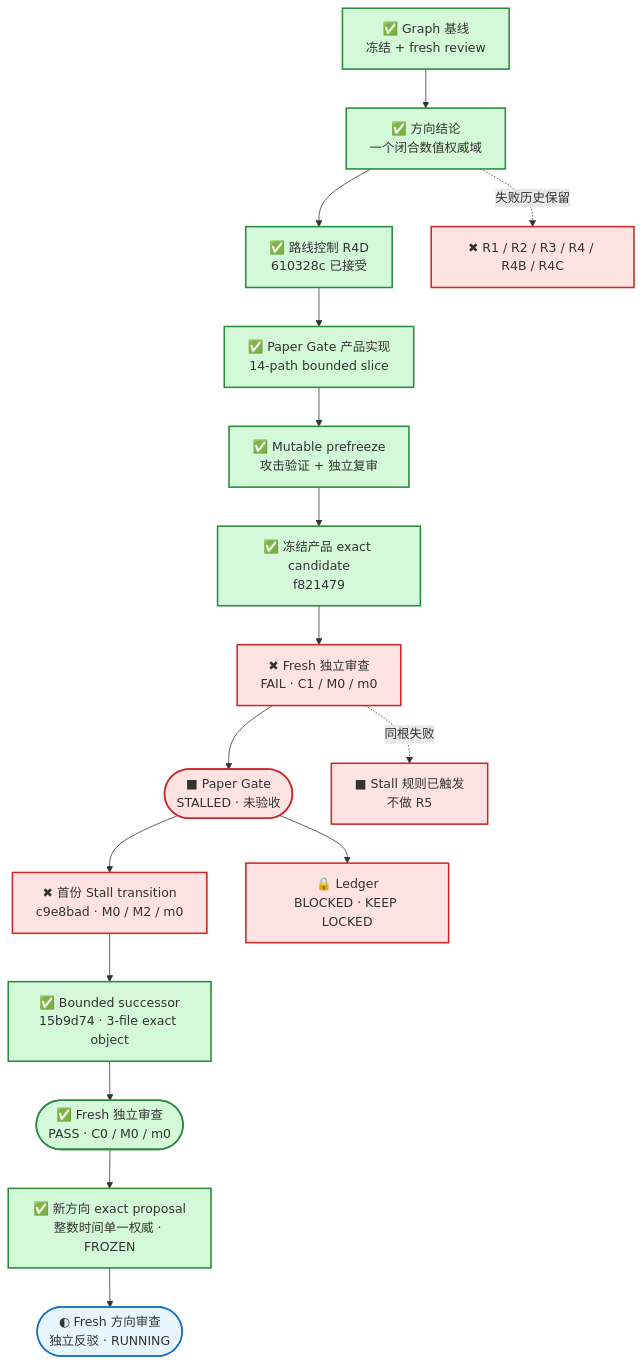
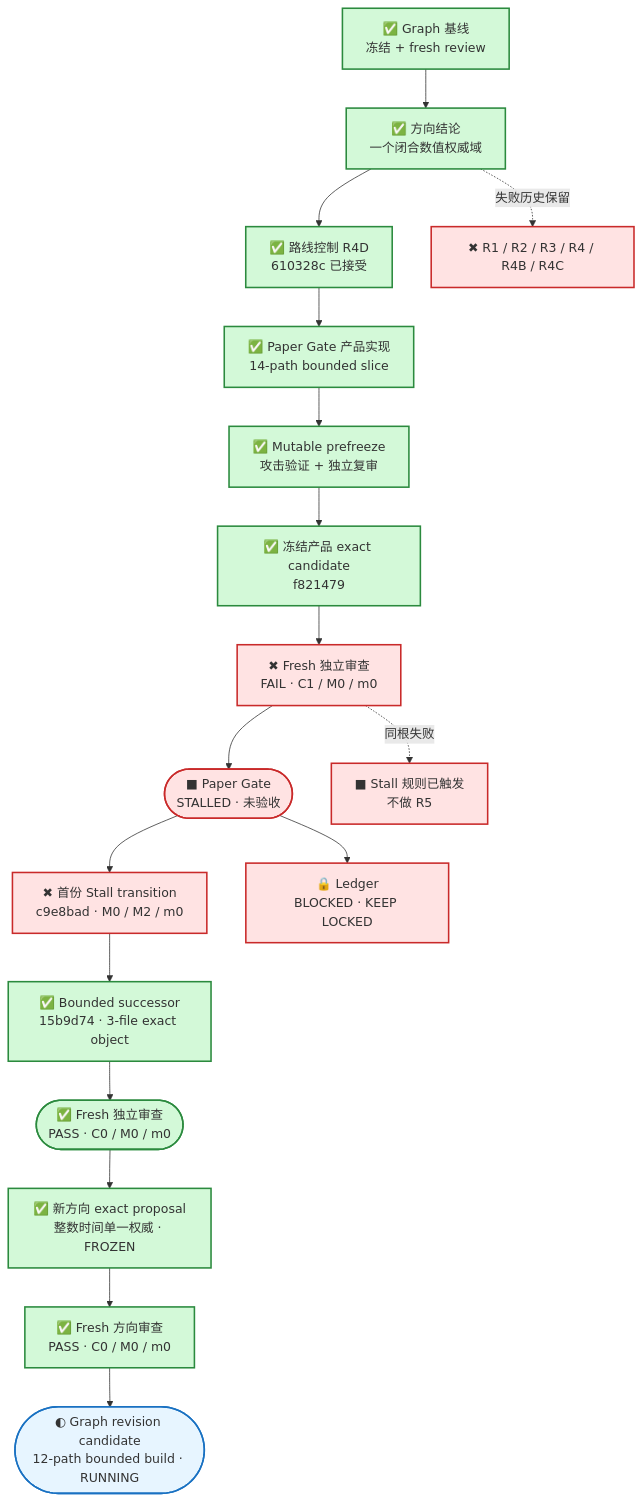
The first of 2 diagrams in MyBrain/automation/reports/investment-discipline-system/CURRENT_PROGRESS.md (j-a-v-e-n/knowledge-vault), drawn with Mermaid before and after one commit. The commit also changed other lines of this file, not shown here.

````diff
--- a/MyBrain/automation/reports/investment-discipline-system/CURRENT_PROGRESS.md
+++ b/MyBrain/automation/reports/investment-discipline-system/CURRENT_PROGRESS.md
@@ -7,27 +7,28 @@
 ```mermaid
 flowchart TB
     G["✅ Graph 基线<br/>冻结 + fresh review"] --> D["✅ 方向结论<br/>一个闭合数值权威域"]
     D --> R["✅ 路线控制 R4D<br/>610328c 已接受"]
     R --> S["✅ Paper Gate 产品实现<br/>14-path bounded slice"]
     S --> P["✅ Mutable prefreeze<br/>攻击验证 + 独立复审"]
     P --> K["✅ 冻结产品 exact candidate<br/>f821479"]
     K --> W["✖ Fresh 独立审查<br/>FAIL · C1 / M0 / m0"]
     W --> A(["■ Paper Gate<br/>STALLED · 未验收"])
     A --> C9["✖ 首份 Stall transition<br/>c9e8bad · M0 / M2 / m0"]
     C9 --> N["✅ Bounded successor<br/>15b9d74 · 3-file exact object"]
     N --> Q(["✅ Fresh 独立审查<br/>PASS · C0 / M0 / m0"])
     Q --> DP["✅ 新方向 exact proposal<br/>整数时间单一权威 · FROZEN"]
-    DP --> DR(["◐ Fresh 方向审查<br/>独立反驳 · RUNNING"])
+    DP --> DR["✅ Fresh 方向审查<br/>PASS · C0 / M0 / m0"]
+    DR --> GR(["◐ Graph revision candidate<br/>12-path bounded build · RUNNING"])
     A --> L["🔒 Ledger<br/>BLOCKED · KEEP LOCKED"]
 
     D -. "失败历史保留" .-> F["✖ R1 / R2 / R3 / R4 / R4B / R4C"]
     W -. "同根失败" .-> H["■ Stall 规则已触发<br/>不做 R5"]
 
     classDef done fill:#d3f9d8,stroke:#2b8a3e,stroke-width:2px;
     classDef failed fill:#ffe3e3,stroke:#c92a2a,stroke-width:2px;
     classDef running fill:#e7f5ff,stroke:#1971c2,stroke-width:2px;
     class G,D,R,S,P,K done;
-    class N,Q,DP done;
+    class N,Q,DP,DR done;
     class W,A,C9,F,H,L failed;
-    class DR running;
+    class GR running;
 ```
````
